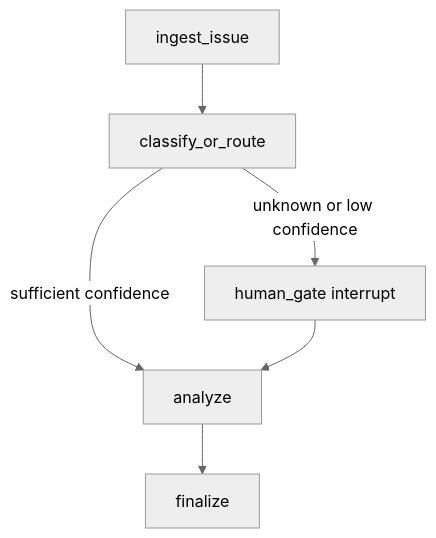
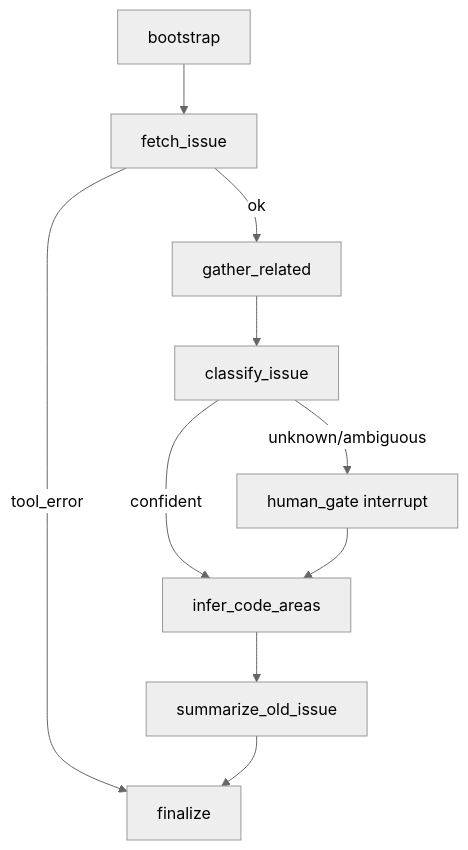
One commit to zerandr/github-issue-triage-agent changed the diagram in reports/graph_mermaid.md. Above: the diagram before and after it, drawn with Mermaid (neutral theme). The commit also changed 9 other files, not shown here.

````diff
--- a/reports/graph_mermaid.md
+++ b/reports/graph_mermaid.md
@@ -1,8 +1,12 @@
 ```mermaid
 graph TD
-  A[ingest_issue] --> B[classify_or_route]
-  B -->|unknown or low confidence| C[human_gate interrupt]
-  B -->|sufficient confidence| D[analyze]
-  C --> D
-  D --> E[finalize]
+  A[bootstrap] --> B[fetch_issue]
+  B -->|tool_error| H[finalize]
+  B -->|ok| C[gather_related]
+  C --> D[classify_issue]
+  D -->|unknown/ambiguous| E[human_gate interrupt]
+  D -->|confident| F[infer_code_areas]
+  E --> F
+  F --> G[summarize_old_issue]
+  G --> H[finalize]
 ```
````
